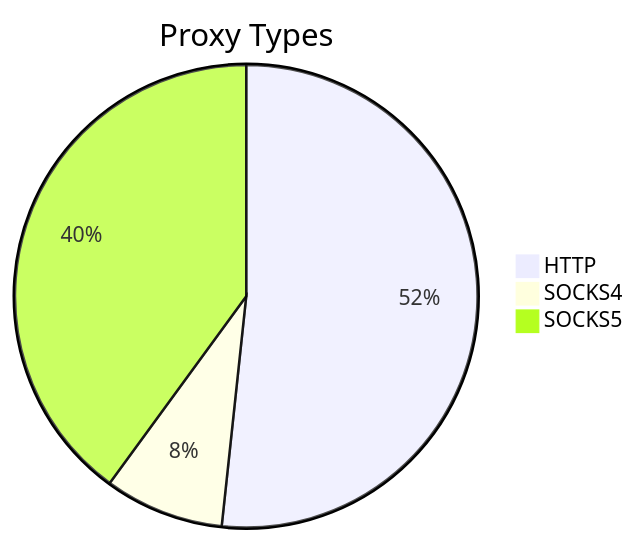
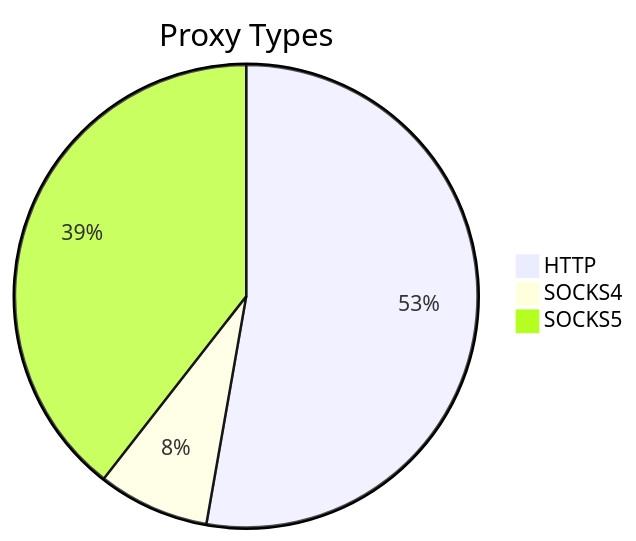
The first of 2 diagrams in README.md (stormsia/proxy-list), drawn with Mermaid before and after one commit. The commit also changed other lines of this file, not shown here.

````diff
--- a/README.md
+++ b/README.md
@@ -21,6 +21,6 @@
 ```mermaid
 pie title Proxy Types
-    "HTTP" : 229
-    "SOCKS4" : 37
-    "SOCKS5" : 177
+    "HTTP" : 325
+    "SOCKS4" : 48
+    "SOCKS5" : 243
 ```
````
